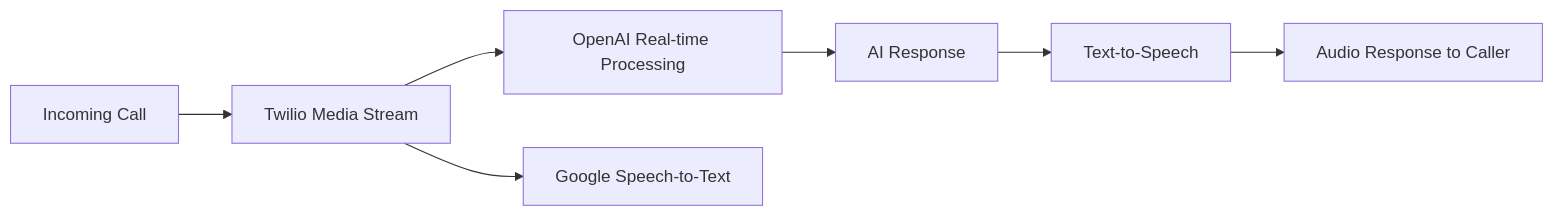
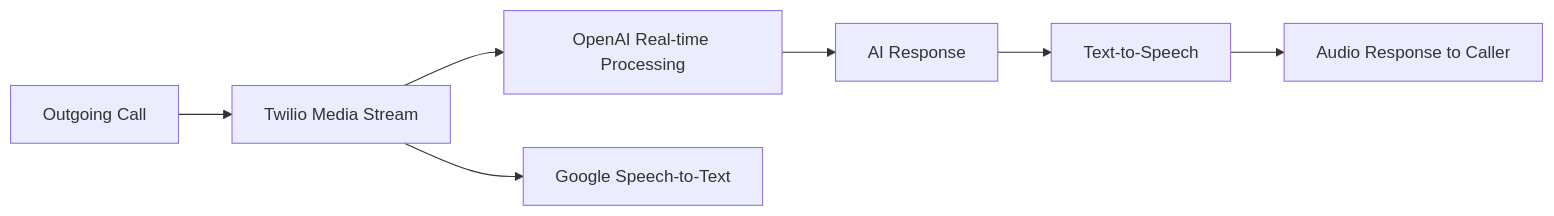
The diagram in README.md (batsy3/AI-call-center), drawn with Mermaid before and after one commit.

Commit message:
incoming - outgoing call change

````diff
--- a/README.md
+++ b/README.md
@@ -40,9 +40,9 @@
    ```mermaid
    graph LR
-   A[Incoming Call] --> B[Twilio Media Stream]
+   A[Outgoing Call] --> B[Twilio Media Stream]
    B --> C[OpenAI Real-time Processing]
    B --> D[Google Speech-to-Text]
    C --> E[AI Response]
    E --> F[Text-to-Speech]
    F --> G[Audio Response to Caller]
    ```
````
